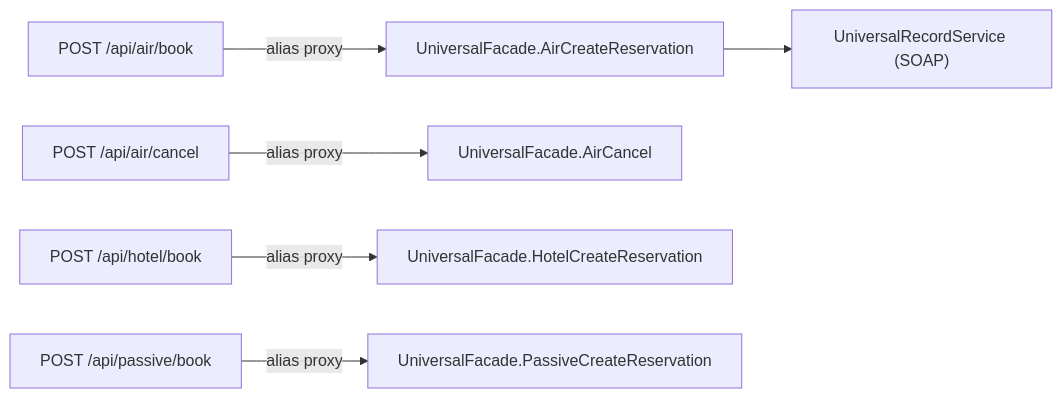
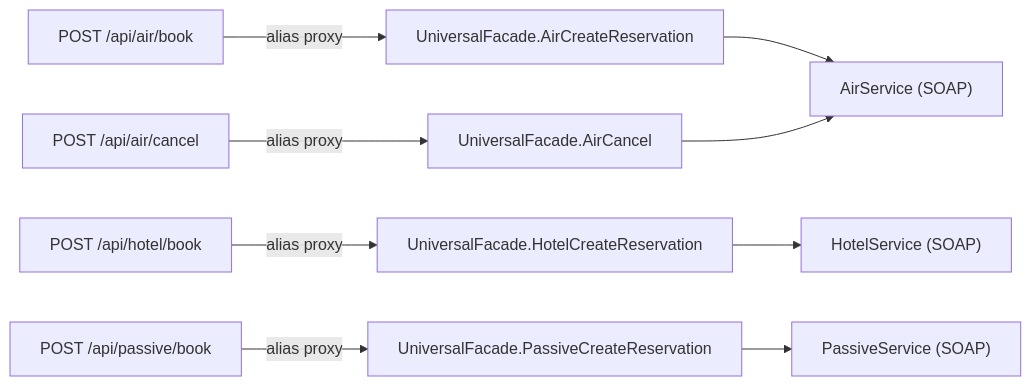
The third of 4 diagrams in docs/architecture.md (shuiyihan12/uapi-go), drawn with Mermaid before and after one commit. The commit also changed other lines of this file and 5 other files, not shown here.

First line of the commit message:
docs: sync architecture/glossary/routing with universal port routing

````diff
--- a/docs/architecture.md
+++ b/docs/architecture.md
@@ -201,8 +203,11 @@
 ```mermaid
 flowchart LR
     a["POST /api/air/book"] -->|alias proxy| u["UniversalFacade.AirCreateReservation"]
     b["POST /api/air/cancel"] -->|alias proxy| u2["UniversalFacade.AirCancel"]
     h["POST /api/hotel/book"] -->|alias proxy| u3["UniversalFacade.HotelCreateReservation"]
     p["POST /api/passive/book"] -->|alias proxy| u4["UniversalFacade.PassiveCreateReservation"]
-    u --> ur["UniversalRecordService (SOAP)"]
+    u --> air["AirService (SOAP)"]
+    u2 --> air
+    u3 --> hotel["HotelService (SOAP)"]
+    u4 --> passive["PassiveService (SOAP)"]
 ```
````
